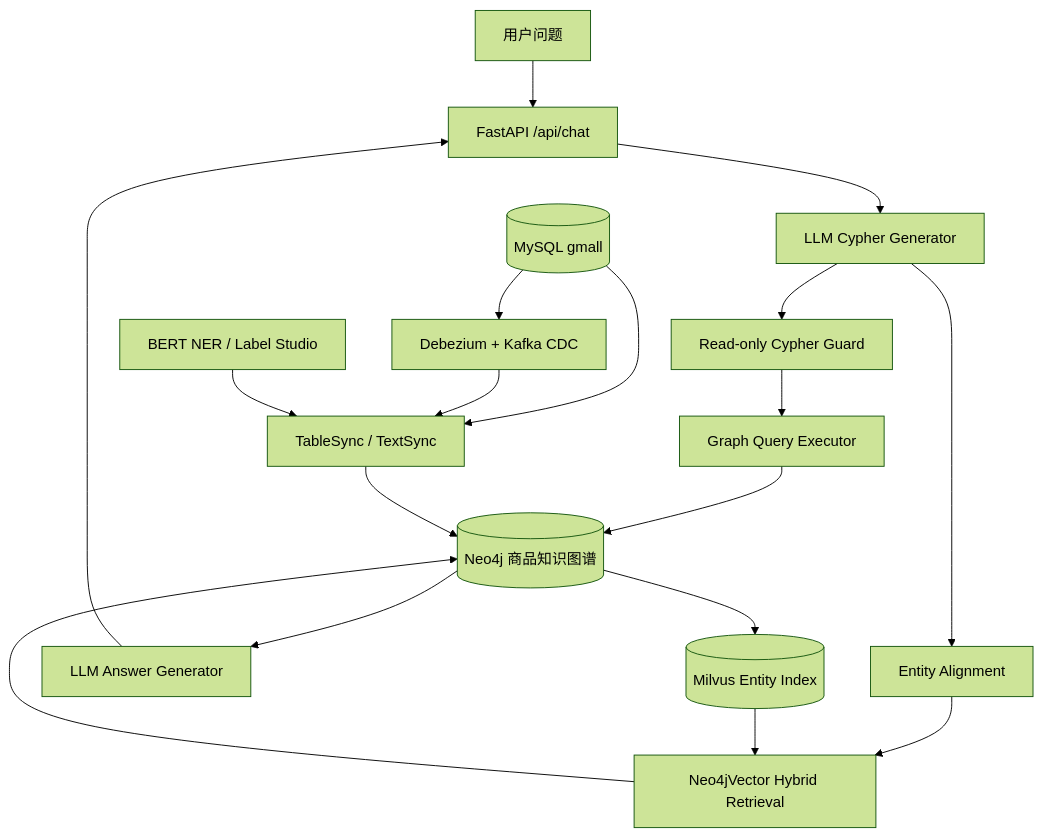
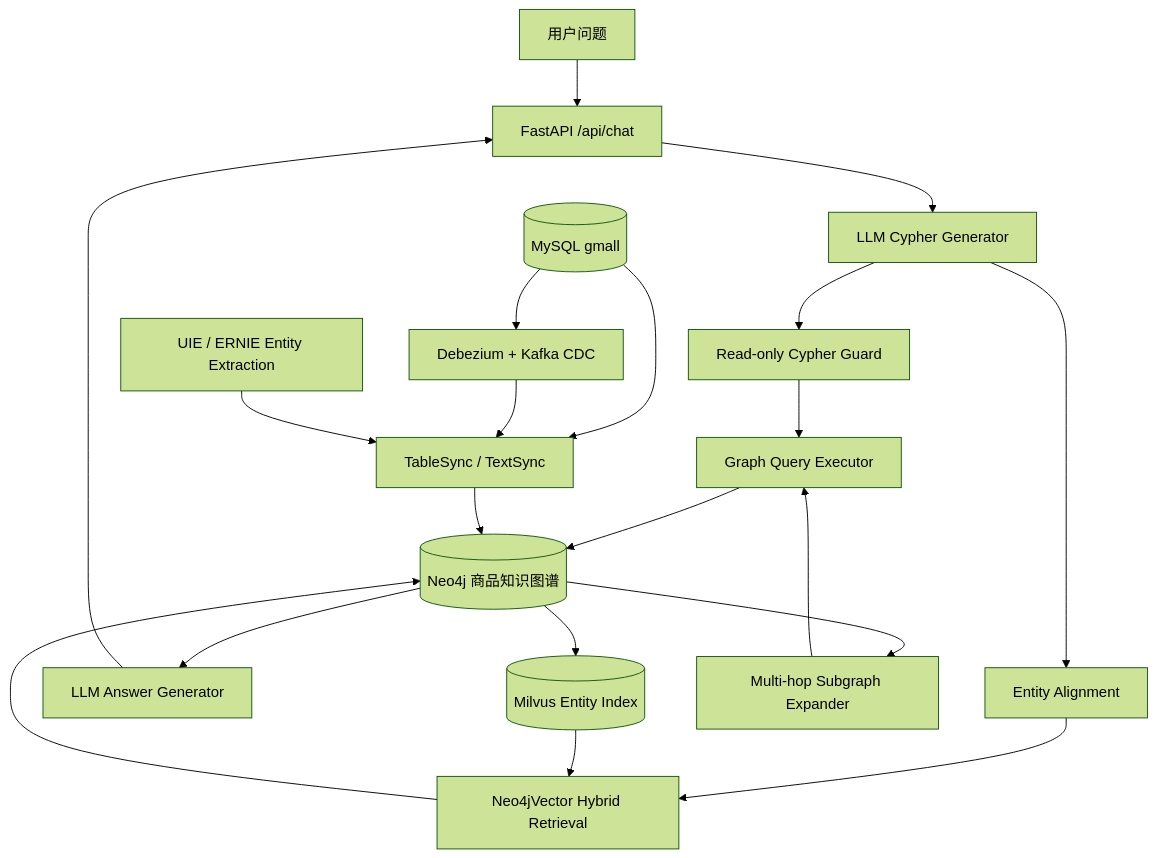
The diagram in README.md (XiaoFeiCode/graph_rag), drawn with Mermaid (forest theme) before and after one commit. The commit also changed other lines of this file and 3 other files, not shown here.

Commit message:
feat: 多跳子图召回 + ERNIE UIE 训练; README 全链路更新

````diff
--- a/README.md
+++ b/README.md
@@ -43,21 +43,23 @@
 ```mermaid
 flowchart TB
     User[用户问题] --> API[FastAPI /api/chat]
     API --> Generator[LLM Cypher Generator]
     Generator --> Guard[Read-only Cypher Guard]
     Generator --> Entity[Entity Alignment]
     Entity --> Hybrid[Neo4jVector Hybrid Retrieval]
     Hybrid --> Graph[(Neo4j 商品知识图谱)]
     Guard --> Executor[Graph Query Executor]
     Executor --> Graph
     Graph --> Answer[LLM Answer Generator]
     Answer --> API
 
     MySQL[(MySQL gmall)] --> Sync[TableSync / TextSync]
     MySQL --> CDC[Debezium + Kafka CDC]
     CDC --> Sync
-    NER[BERT NER / Label Studio] --> Sync
+    NER[UIE / ERNIE Entity Extraction] --> Sync
     Sync --> Graph
     Graph --> Milvus[(Milvus Entity Index)]
     Milvus --> Hybrid
+    Graph --> Subgraph[Multi-hop Subgraph Expander]
+    Subgraph --> Executor
 ```
````
